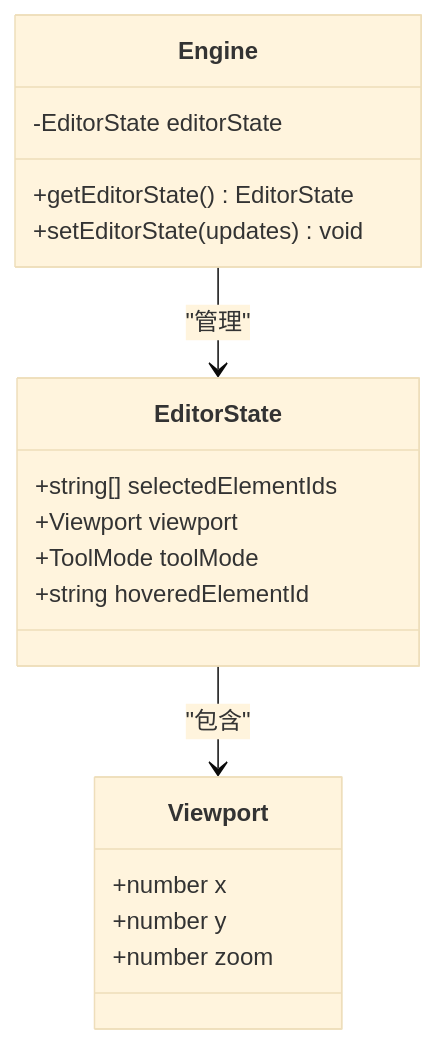
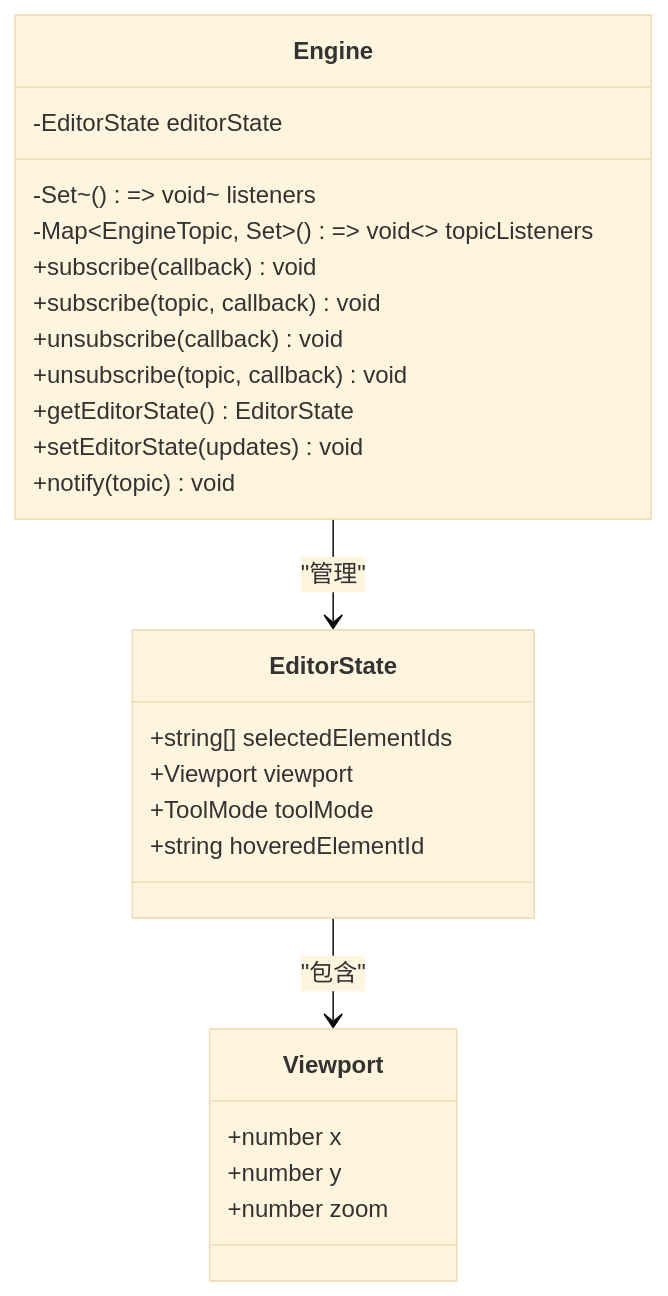
The sixth of 18 diagrams in .qoder/repowiki/zh/content/引擎系统/核心引擎.md (Anna0314zy/ai_editor_enginer), drawn with Mermaid (base theme) before and after one commit. The commit also changed other lines of this file and 25 other files, not shown here.

````diff
--- a/.qoder/repowiki/zh/content/引擎系统/核心引擎.md
+++ b/.qoder/repowiki/zh/content/引擎系统/核心引擎.md
@@ -278,21 +326,28 @@
 ```mermaid
 classDiagram
 class EditorState {
 +string[] selectedElementIds
 +Viewport viewport
 +ToolMode toolMode
 +string hoveredElementId
 }
 class Viewport {
 +number x
 +number y
 +number zoom
 }
 class Engine {
 -EditorState editorState
+-Set~() => void~ listeners
+-Map~EngineTopic, Set~() => void~~ topicListeners
++subscribe(callback) void
++subscribe(topic, callback) void
++unsubscribe(callback) void
++unsubscribe(topic, callback) void
 +getEditorState() EditorState
 +setEditorState(updates) void
++notify(topic) void
 }
 Engine --> EditorState : "管理"
 EditorState --> Viewport : "包含"
 ```
````
